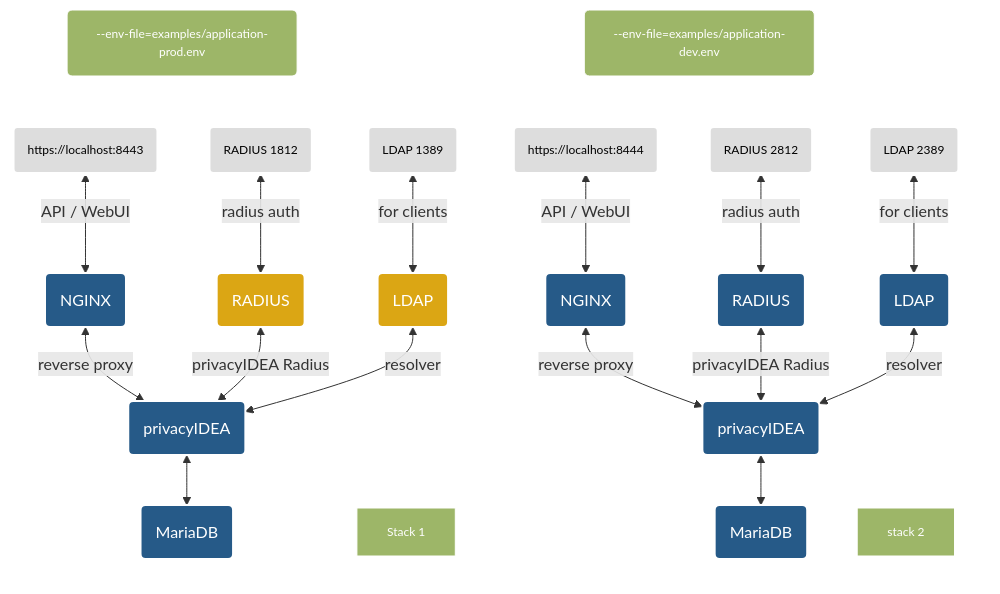
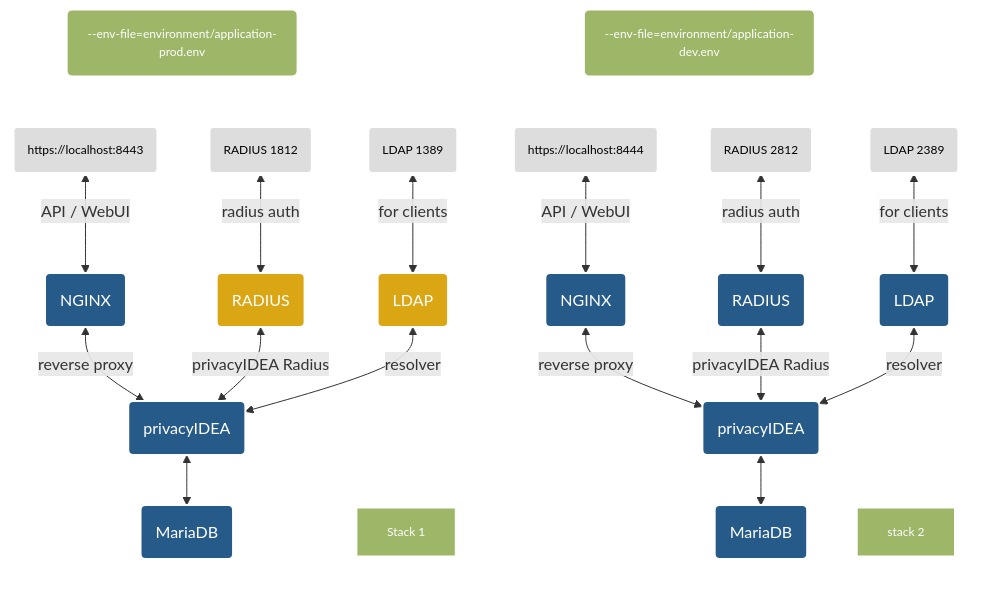
One commit to gpappsoft/privacyidea-docker changed the diagram in README.md. Above: the diagram before and after it, drawn with Mermaid. The commit also changed other lines of this file and 6 other files, not shown here.

````diff
--- a/README.md
+++ b/README.md
@@ -174,57 +174,57 @@
 ```mermaid
 graph TD;
-  a2("--env-file=examples/application-dev.env");
+  a2("--env-file=environment/application-dev.env");
   w4(https://localhost:8444);
   w5(RADIUS  2812);
   w6(LDAP 2389);
   subgraph s3 [ ];
        r2(RADIUS);
        n5(NGINX);
        n6(LDAP);
        n7(privacyIDEA);
        n8(MariaDB);
   st2[stack 2];
   end;
   
-  a1("--env-file=examples/application-prod.env");
+  a1("--env-file=environment/application-prod.env");
   w1(https://localhost:8443);
   w2(RADIUS 1812);
   w3(LDAP 1389);
   subgraph s1 [ ];
        r1(RADIUS);
        n1(NGINX);
        n2(LDAP);
        n3(privacyIDEA);
        n4(MariaDB);
   st1[Stack 1];
   end;
   
   a1~~~w1;
   a1~~~w2;
   a1~~~w3;
 
   a2~~~w4;
   a2~~~w5;
   a2~~~w6;
 
   w1<-- API / WebUI -->n1<-- reverse proxy -->n3(privacyIDEA)<-->n4
   w2<-- radius auth -->r1<-- privacyIDEA Radius -->n3
   w3<-- for clients -->n2<-- resolver -->n3
 
   w4<-- API / WebUI -->n5<-- reverse proxy -->n7(privacyIDEA)<-->n8
   w5<-- radius auth -->r2<-- privacyIDEA Radius -->n7
   w6<-- for clients -->n6<-- resolver -->n7
 
   classDef plain font-size:12px,fill:#ddd,stroke:#fff,stroke-width:4px,color:#000;
   classDef heading font-size:12px,fill:#9db668,stroke:#fff,stroke-width:1px,color:#fff;
   classDef title font-size:16px,color:#000,background-color:#9db668,stroke:#ffff;
   classDef docker fill:#265a88,stroke:#fff,stroke-width:2px,color:#fff;
   classDef second fill:#dba614,stroke:#fff,stroke-width:2px,color:#fff;
   classDef tags fill:#dba614,stroke:#fff,stroke-width:2px,color:#fff;
   classDef cluster fill:#fff,stroke:#888,stroke-width:2px,color:#265a88;
   class w1,w2,w3,w4,w5,w6 plain;
   class r1,n2,r2,n6 second;
   class n1,n3,n4,n5,n6,n7,n8,r2,t1 docker;
   class s1,s2,s3,s4 title;
   class a1,a2,st1,st2 heading;
 ```
````
